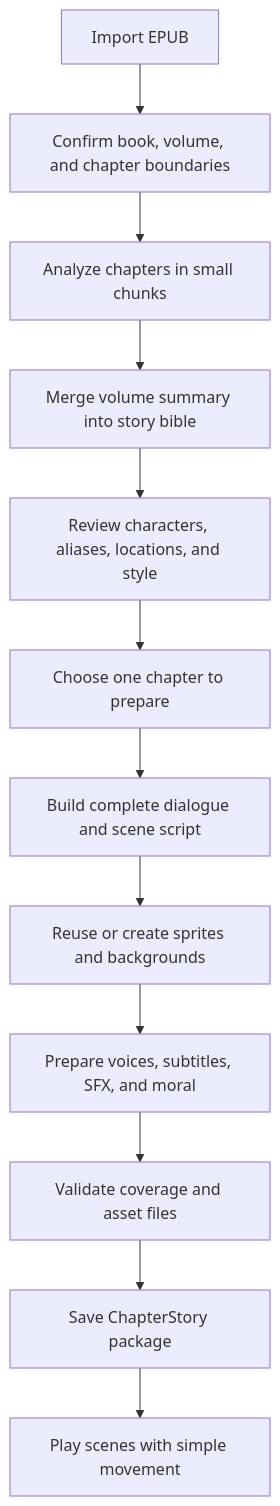
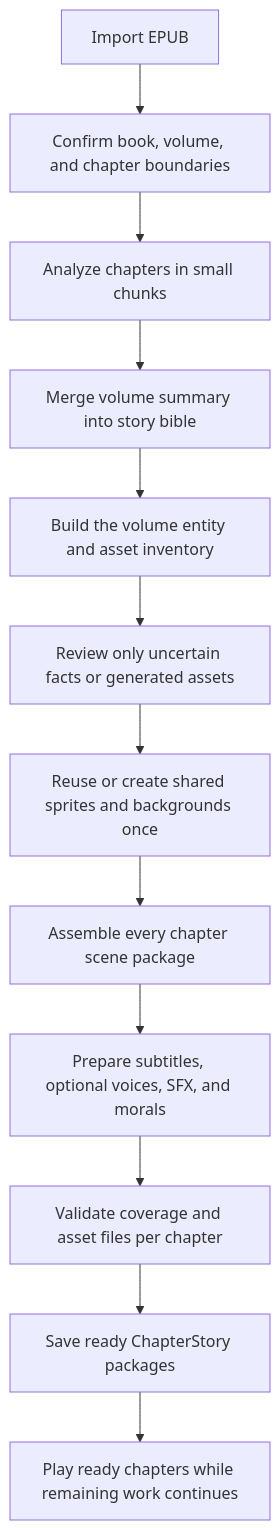
The diagram in docs/ANIMATED_STORY_MODE_PLAN.md (Jbeloz/StoryTale), drawn with Mermaid before and after one commit. The commit also changed other lines of this file and 3 other files, not shown here.

Commit message:
docs: plan volume-first story preparation

````diff
--- a/docs/ANIMATED_STORY_MODE_PLAN.md
+++ b/docs/ANIMATED_STORY_MODE_PLAN.md
@@ -421,14 +421,14 @@
 ```mermaid
 flowchart TD
     A["Import EPUB"] --> B["Confirm book, volume, and chapter boundaries"]
     B --> C["Analyze chapters in small chunks"]
     C --> D["Merge volume summary into story bible"]
-    D --> E["Review characters, aliases, locations, and style"]
-    E --> F["Choose one chapter to prepare"]
-    F --> G["Build complete dialogue and scene script"]
-    G --> H["Reuse or create sprites and backgrounds"]
-    H --> I["Prepare voices, subtitles, SFX, and moral"]
-    I --> J["Validate coverage and asset files"]
-    J --> K["Save ChapterStory package"]
-    K --> L["Play scenes with simple movement"]
+    D --> E["Build the volume entity and asset inventory"]
+    E --> F["Review only uncertain facts or generated assets"]
+    F --> G["Reuse or create shared sprites and backgrounds once"]
+    G --> H["Assemble every chapter scene package"]
+    H --> I["Prepare subtitles, optional voices, SFX, and morals"]
+    I --> J["Validate coverage and asset files per chapter"]
+    J --> K["Save ready ChapterStory packages"]
+    K --> L["Play ready chapters while remaining work continues"]
 ```
````
